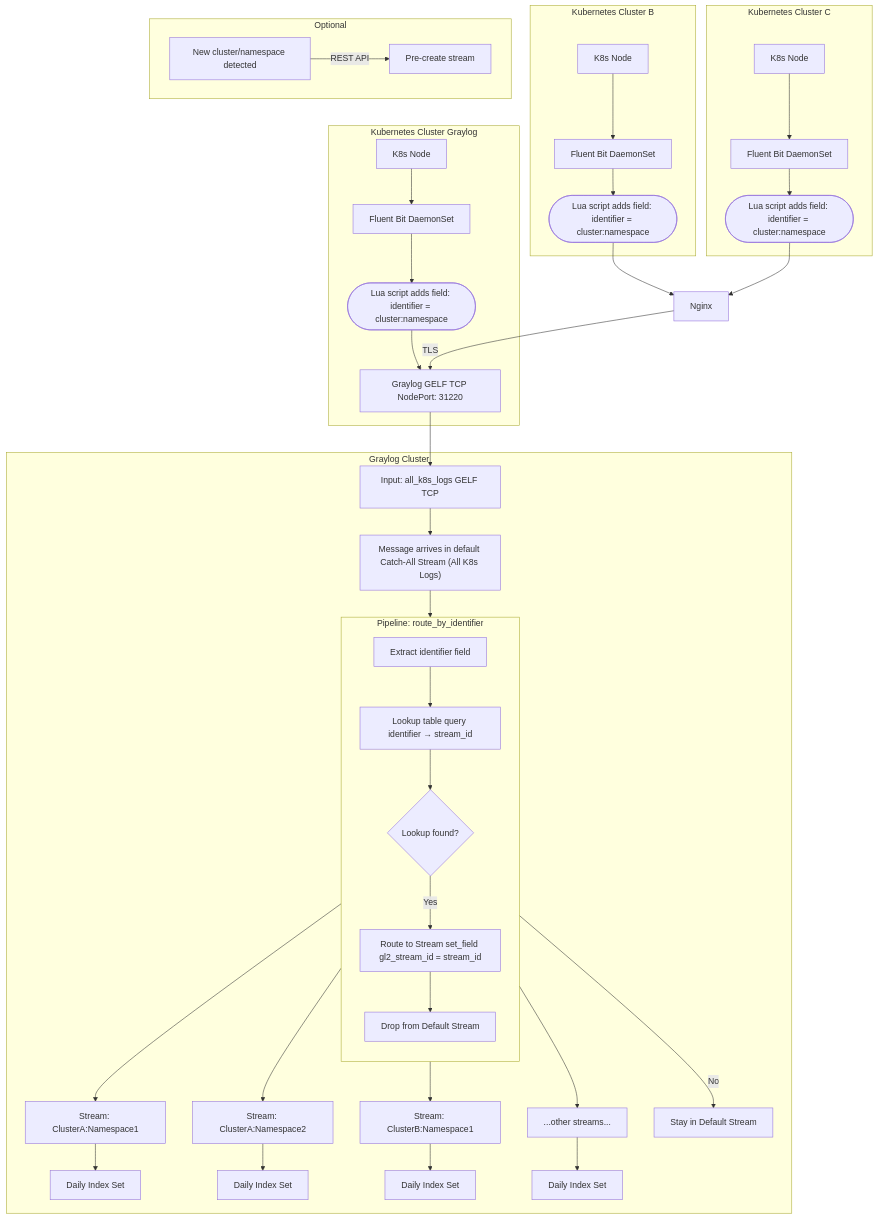
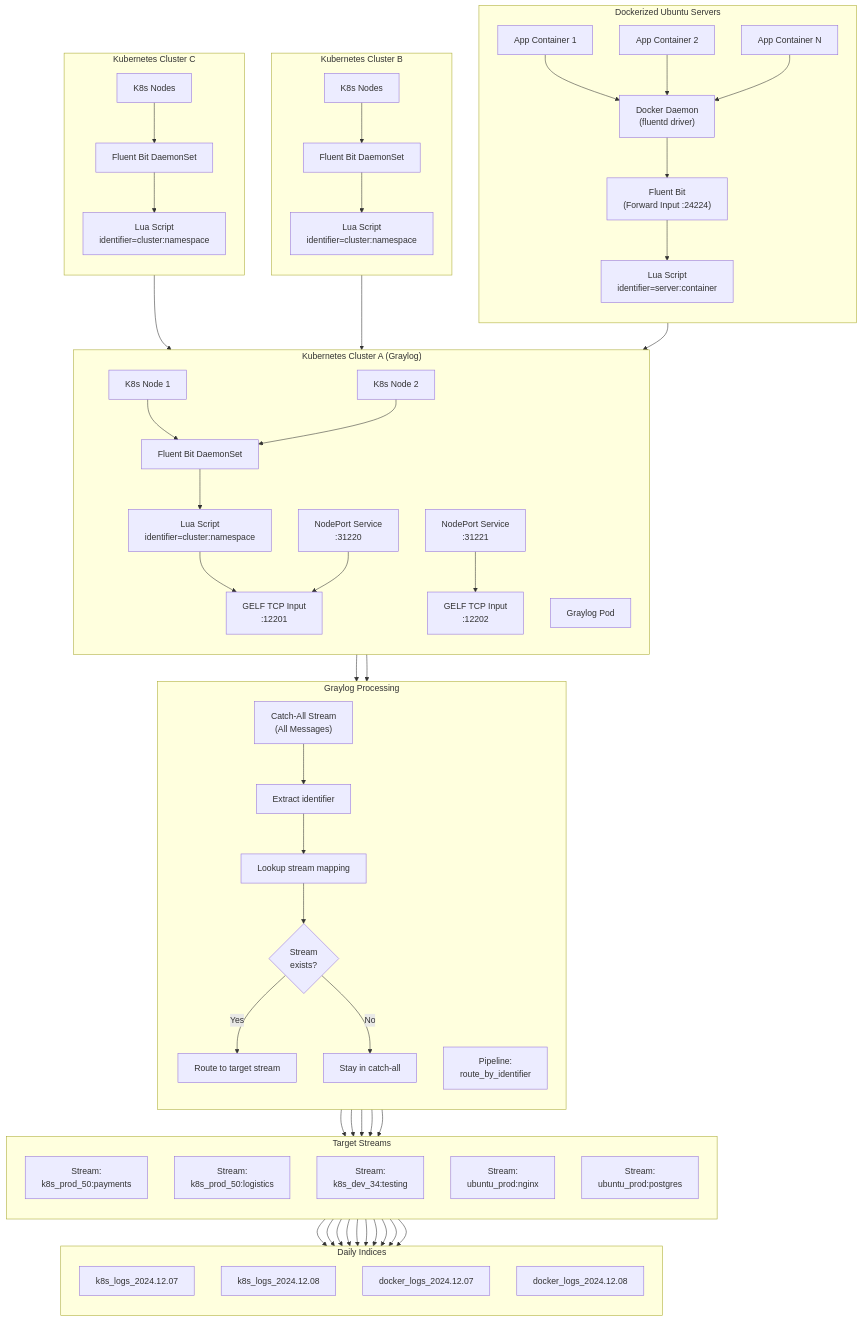
The diagram in Orchestration/Kubernetes/logging-plan/README.md (apakhbari/CheatSheets), drawn with Mermaid before and after one commit. The commit also changed other lines of this file and 9 other files, not shown here.

Commit message:
refactored whole fluent-bit logging plan

````diff
--- a/Orchestration/Kubernetes/logging-plan/README.md
+++ b/Orchestration/Kubernetes/logging-plan/README.md
@@ -43,68 +51,101 @@
 ```mermaid
 flowchart TB
- subgraph ClusterA["Kubernetes Cluster Graylog"]
-        FB_A["Fluent Bit DaemonSet"]
-        NodeA["K8s Node"]
-        AA(["Lua script adds field: identifier = cluster:namespace"])
-        GELF_NodePort["Graylog GELF TCP NodePort: 31220"]
-  end
- subgraph ClusterB["Kubernetes Cluster B"]
-        FB_B["Fluent Bit DaemonSet"]
-        AB(["Lua script adds field: identifier = cluster:namespace"])
-        NodeB["K8s Node"]
-  end
- subgraph ClusterC["Kubernetes Cluster C"]
-        FB_C["Fluent Bit DaemonSet"]
-        AC(["Lua script adds field: identifier = cluster:namespace"])
-        NodeC["K8s Node"]
-  end
- subgraph C["Pipeline: route_by_identifier"]
-    direction TB
-        C1["Extract identifier field"]
-        C2["Lookup table query identifier → stream_id"]
-        C3{"Lookup found?"}
-        C4["Route to Stream set_field gl2_stream_id = stream_id"]
-        C5["Drop from Default Stream"]
-  end
- subgraph Graylog["Graylog Cluster"]
-        B1["Input: all_k8s_logs GELF TCP"]
-        CatchAll["Message arrives in default Catch-All Stream (All K8s Logs)"]
-        StreamA1["Stream: ClusterA:Namespace1"]
-        StreamA2["Stream: ClusterA:Namespace2"]
-        StreamB1["Stream: ClusterB:Namespace1"]
-        StreamBN["...other streams..."]
-        DailyIndex1["Daily Index Set"]
-        DailyIndex2["Daily Index Set"]
-        DailyIndex3["Daily Index Set"]
-        DailyIndex4["Daily Index Set"]
-        C6["Stay in Default Stream"]
-        C
-  end
- subgraph Optional["Optional"]
-        StreamCreation["Pre-create stream"]
-        NewClusterNS["New cluster/namespace detected"]
-  end
-    NodeA --> FB_A
-    FB_A --> AA
-    AA --> GELF_NodePort
-    FB_B --> AB
-    NodeB --> FB_B
-    AB --> n1["Nginx"]
-    AC --> n1
-    NodeC --> FB_C
-    GELF_NodePort --> B1
-    B1 --> CatchAll
-    C4 --> C5 & StreamA1 & StreamA2 & StreamB1 & StreamBN
-    StreamA1 --> DailyIndex1
-    StreamA2 --> DailyIndex2
-    StreamB1 --> DailyIndex3
-    StreamBN --> DailyIndex4
-    NewClusterNS -- REST API --> StreamCreation
-    FB_C --> AC
-    n1 -- TLS --> GELF_NodePort
-    CatchAll --> C1
-    C1 --> C2
-    C2 --> C3
-    C3 -- Yes --> C4
-    C3 -- No --> C6
+    subgraph DockerServers["Dockerized Ubuntu Servers"]
+        direction TB
+        App1["App Container 1"]
+        App2["App Container 2"]
+        AppN["App Container N"]
+        DockerDaemon["Docker Daemon<br/>(fluentd driver)"]
+        FB_Docker["Fluent Bit<br/>(Forward Input :24224)"]
+        LuaDocker["Lua Script<br/>identifier=server:container"]
+    end
+
+    subgraph K8sClusterA["Kubernetes Cluster A (Graylog)"]
+        direction TB
+        NodeA1["K8s Node 1"]
+        NodeA2["K8s Node 2"]
+        FB_K8s_A["Fluent Bit DaemonSet"]
+        LuaK8sA["Lua Script<br/>identifier=cluster:namespace"]
+        GraylogPod["Graylog Pod"]
+        GELF_K8s["GELF TCP Input<br/>:12201"]
+        GELF_Docker["GELF TCP Input<br/>:12202"]
+        NodePort_K8s["NodePort Service<br/>:31220"]
+        NodePort_Docker["NodePort Service<br/>:31221"]
+    end
+
+    subgraph K8sClusterB["Kubernetes Cluster B"]
+        direction TB
+        NodeB["K8s Nodes"]
+        FB_K8s_B["Fluent Bit DaemonSet"]
+        LuaK8sB["Lua Script<br/>identifier=cluster:namespace"]
+    end
+
+    subgraph K8sClusterC["Kubernetes Cluster C"]
+        direction TB
+        NodeC["K8s Nodes"]
+        FB_K8s_C["Fluent Bit DaemonSet"]
+        LuaK8sC["Lua Script<br/>identifier=cluster:namespace"]
+    end
+
+    subgraph GraylogProcessing["Graylog Processing"]
+        direction TB
+        CatchAll["Catch-All Stream<br/>(All Messages)"]
+        Pipeline["Pipeline:<br/>route_by_identifier"]
+        P1["Extract identifier"]
+        P2["Lookup stream mapping"]
+        P3{"Stream<br/>exists?"}
+        P4["Route to target stream"]
+        P5["Stay in catch-all"]
+    end
+
+    subgraph Streams["Target Streams"]
+        direction TB
+        StreamK8sA1["Stream:<br/>k8s_prod_50:payments"]
+        StreamK8sA2["Stream:<br/>k8s_prod_50:logistics"]
+        StreamK8sB1["Stream:<br/>k8s_dev_34:testing"]
+        StreamDocker1["Stream:<br/>ubuntu_prod:nginx"]
+        StreamDocker2["Stream:<br/>ubuntu_prod:postgres"]
+    end
+
+    subgraph Indices["Daily Indices"]
+        direction TB
+        Idx1["k8s_logs_2024.12.07"]
+        Idx2["k8s_logs_2024.12.08"]
+        Idx3["docker_logs_2024.12.07"]
+        Idx4["docker_logs_2024.12.08"]
+    end
+
+    App1 & App2 & AppN --> DockerDaemon
+    DockerDaemon --> FB_Docker
+    FB_Docker --> LuaDocker
+    LuaDocker --> NodePort_Docker
+
+    NodeA1 & NodeA2 --> FB_K8s_A
+    FB_K8s_A --> LuaK8sA
+    LuaK8sA --> GELF_K8s
+
+    NodeB --> FB_K8s_B
+    FB_K8s_B --> LuaK8sB
+    LuaK8sB --> NodePort_K8s
+
+    NodeC --> FB_K8s_C
+    FB_K8s_C --> LuaK8sC
+    LuaK8sC --> NodePort_K8s
+
+    NodePort_K8s --> GELF_K8s
+    NodePort_Docker --> GELF_Docker
+
+    GELF_K8s --> CatchAll
+    GELF_Docker --> CatchAll
+
+    CatchAll --> P1
+    P1 --> P2
+    P2 --> P3
+    P3 -->|Yes| P4
+    P3 -->|No| P5
+
+    P4 --> StreamK8sA1 & StreamK8sA2 & StreamK8sB1 & StreamDocker1 & StreamDocker2
+
+    StreamK8sA1 & StreamK8sA2 & StreamK8sB1 --> Idx1 & Idx2
+    StreamDocker1 & StreamDocker2 --> Idx3 & Idx4
 ```
````
